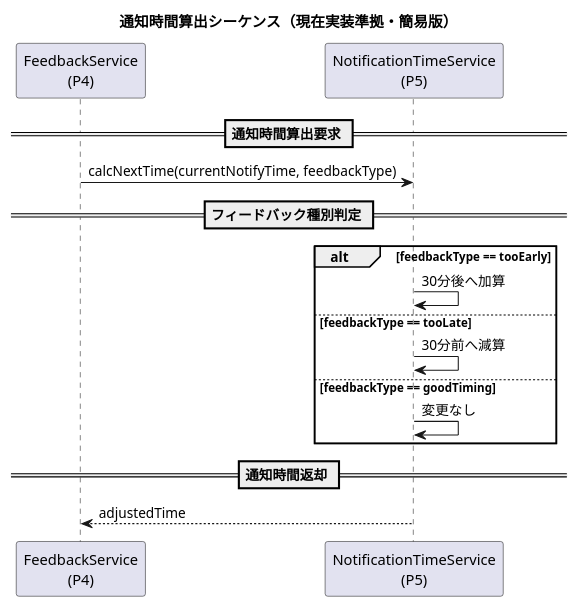
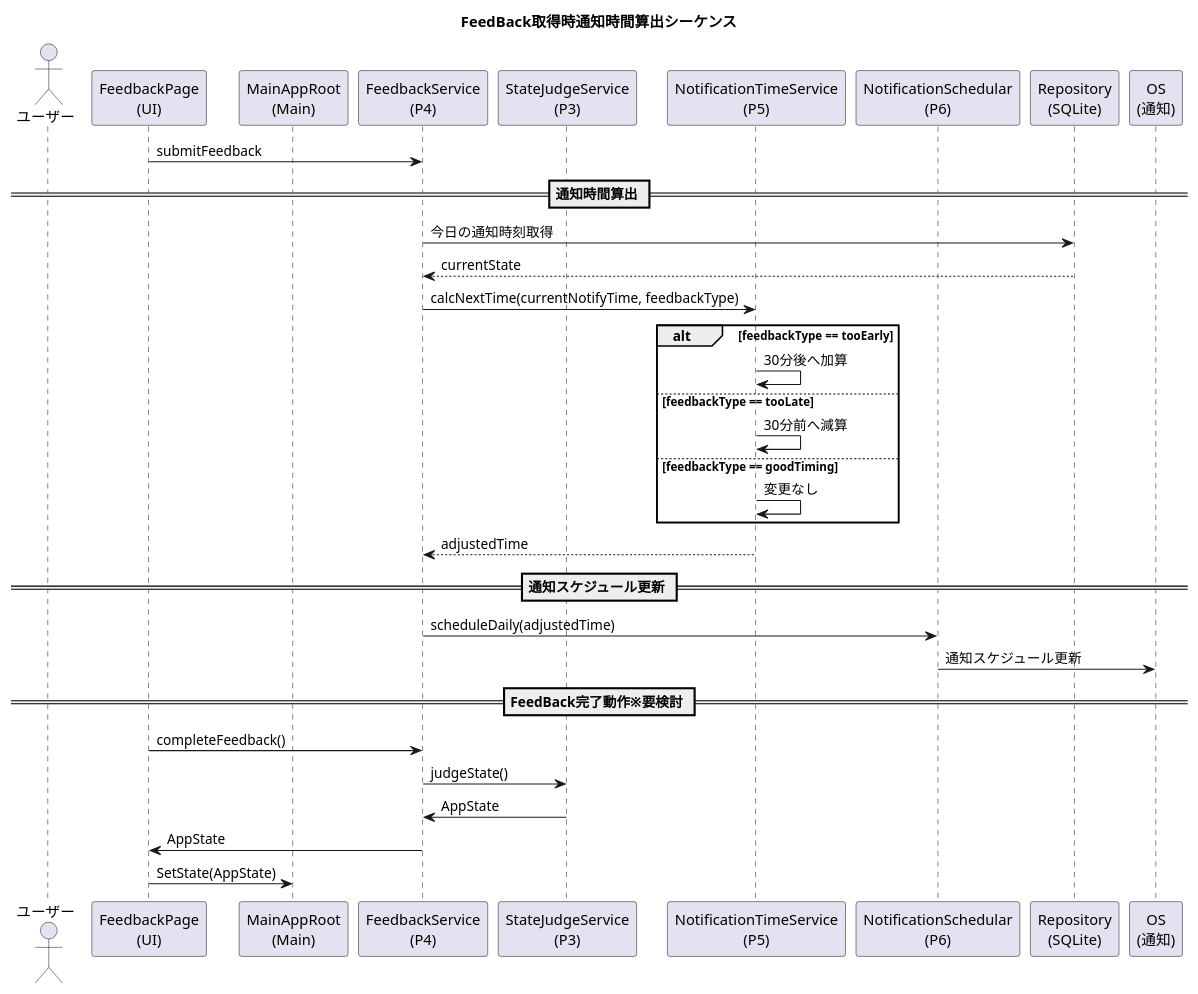
One commit to akamatrixxx/justtime changed the diagram in assets/specifications/詳細設計/シーケンス図/04_通知時間算出シーケンス.pu. Above: the diagram before and after it, drawn with PlantUML. The commit also changed 7 other files, not shown here.

```diff
--- a/assets/specifications/詳細設計/シーケンス図/04_通知時間算出シーケンス.pu
+++ b/assets/specifications/詳細設計/シーケンス図/04_通知時間算出シーケンス.pu
@@ -1,24 +1,44 @@
 @startuml
-title 通知時間算出シーケンス（現在実装準拠・簡易版）
+title FeedBack取得時通知時間算出シーケンス
 
+actor ユーザー as User
+participant "FeedbackPage\n(UI)" as UI
+participant "MainAppRoot\n(Main)" as Main 
 participant "FeedbackService\n(P4)" as P4
+participant "StateJudgeService\n(P3)" as P3
 participant "NotificationTimeService\n(P5)" as P5
+participant "NotificationSchedular\n(P6)" as P6
+participant "Repository\n(SQLite)" as DB
+participant "OS\n(通知)" as OS_Notify
 
-== 通知時間算出要求 ==
+UI -> P4 : submitFeedback
+
+== 通知時間算出 ==
+P4 -> DB : 今日の通知時刻取得
+DB --> P4 : currentState
 P4 -> P5 : calcNextTime(currentNotifyTime, feedbackType)
 
-== フィードバック種別判定 ==
 alt feedbackType == tooEarly
   P5 -> P5 : 30分後へ加算
 
 else feedbackType == tooLate
   P5 -> P5 : 30分前へ減算
 
 else feedbackType == goodTiming
   P5 -> P5 : 変更なし
 end
 
-== 通知時間返却 ==
 P5 --> P4 : adjustedTime
 
+== 通知スケジュール更新 ==
+P4 -> P6 : scheduleDaily(adjustedTime)
+P6 -> OS_Notify : 通知スケジュール更新
+
+== FeedBack完了動作※要検討 ==
+UI -> P4 : completeFeedback()
+P4 -> P3 : judgeState()
+P3 -> P4 : AppState
+P4 -> UI : AppState
+UI -> Main : SetState(AppState)
+
 @enduml
```
